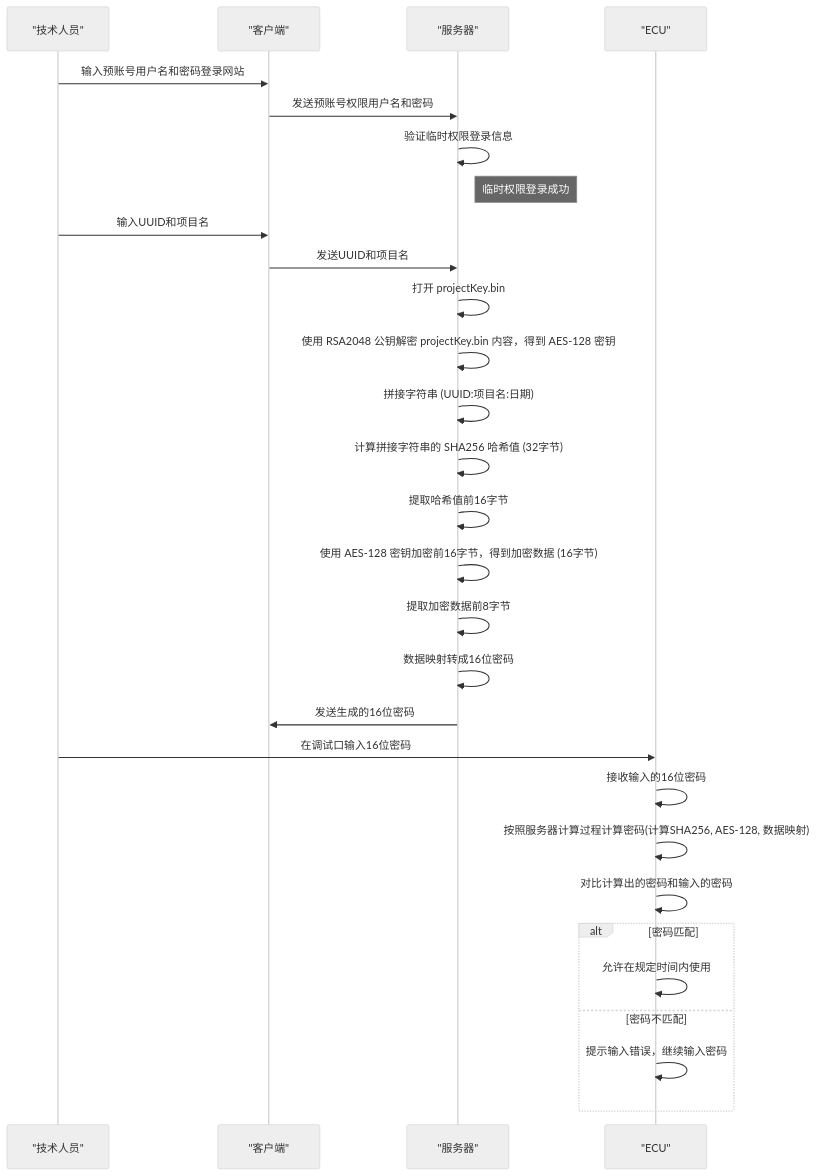
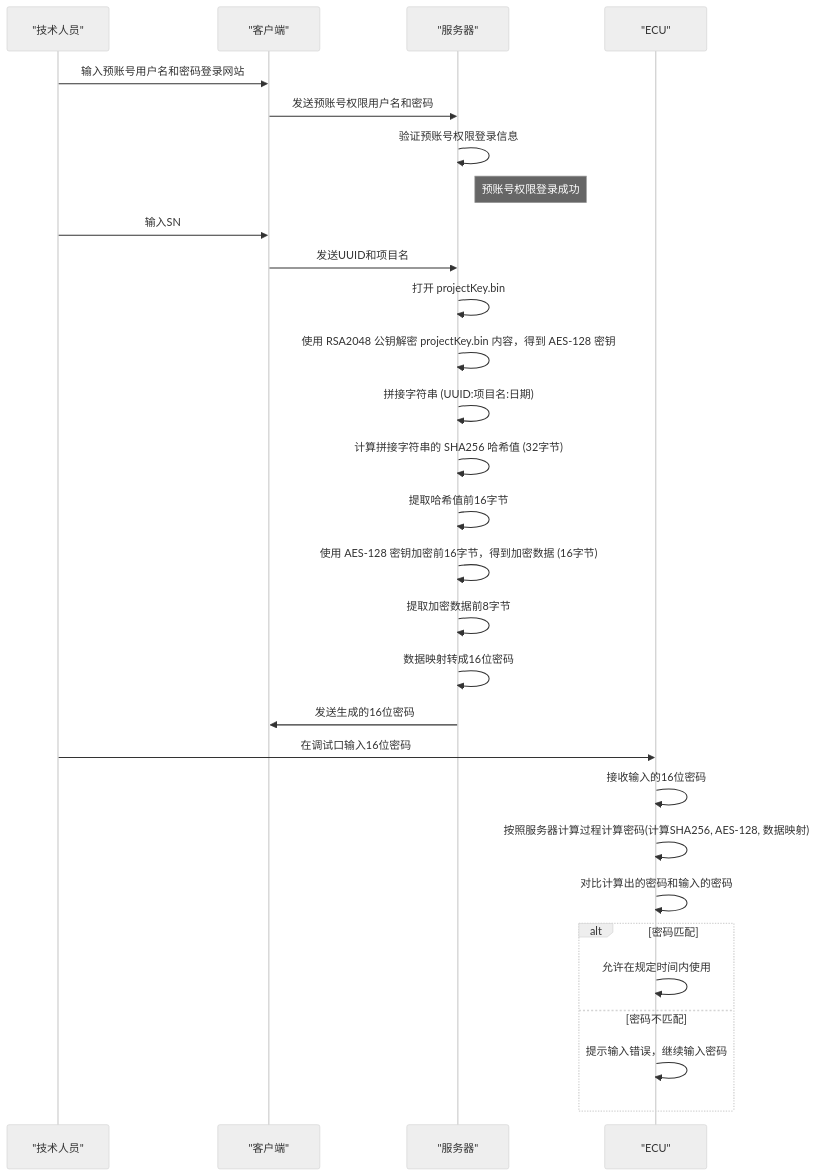
Before and after one commit to facebook-cloud/iodraw-files: the diagram in all/未命名-12.md, drawn with Mermaid (neutral theme).

Commit message:
2026-01-14 13:46:16 update

````diff
--- a/all/未命名-12.md
+++ b/all/未命名-12.md
@@ -1,41 +1,41 @@
 ```mermaid
 sequenceDiagram
     participant Technician as "技术人员"
     participant Client as "客户端"
     participant Server as "服务器"
     participant ECU as "ECU"
 
     Technician->>Client: 输入预账号用户名和密码登录网站
     Client->>Server: 发送预账号权限用户名和密码
 
-    Server->>Server: 验证临时权限登录信息
-    Note right of Server: 临时权限登录成功
+    Server->>Server: 验证预账号权限登录信息
+    Note right of Server: 预账号权限登录成功
 
-    Technician->>Client: 输入UUID和项目名
+    Technician->>Client: 输入SN
     Client->>Server: 发送UUID和项目名
 
     Server->>Server: 打开 projectKey.bin
     Server->>Server: 使用 RSA2048 公钥解密 projectKey.bin 内容，得到 AES-128 密钥
 
     Server->>Server: 拼接字符串 (UUID:项目名:日期)
     Server->>Server: 计算拼接字符串的 SHA256 哈希值 (32字节)
     Server->>Server: 提取哈希值前16字节
     Server->>Server: 使用 AES-128 密钥加密前16字节，得到加密数据 (16字节)
     Server->>Server: 提取加密数据前8字节
     Server->>Server: 数据映射转成16位密码
 
     Server->>Client: 发送生成的16位密码
 
     Technician->>ECU: 在调试口输入16位密码
 
     ECU->>ECU: 接收输入的16位密码
     ECU->>ECU: 按照服务器计算过程计算密码(计算SHA256, AES-128, 数据映射)
 
     ECU->>ECU: 对比计算出的密码和输入的密码
     alt 密码匹配
         ECU->>ECU: 允许在规定时间内使用
     else 密码不匹配
         ECU->>ECU: 提示输入错误，继续输入密码
     end
 
 ```
````
